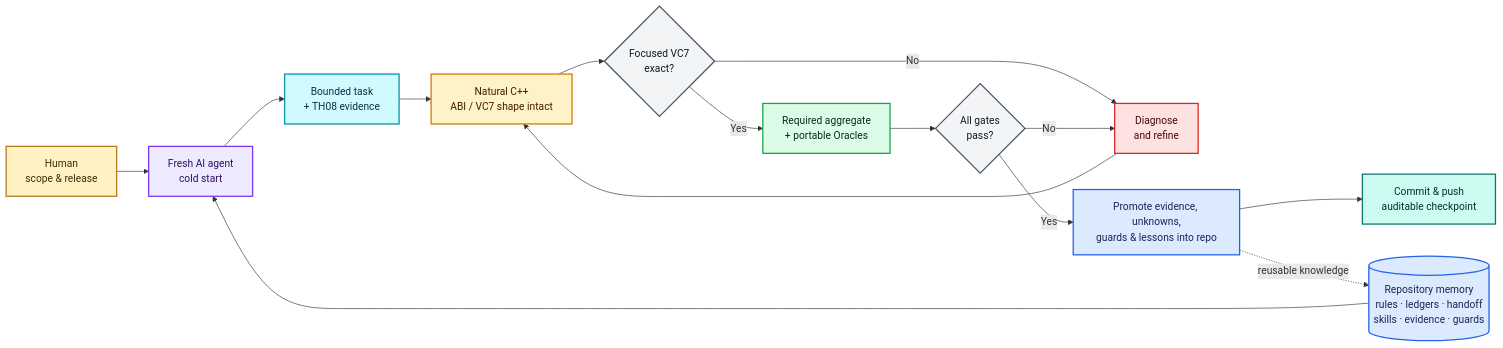
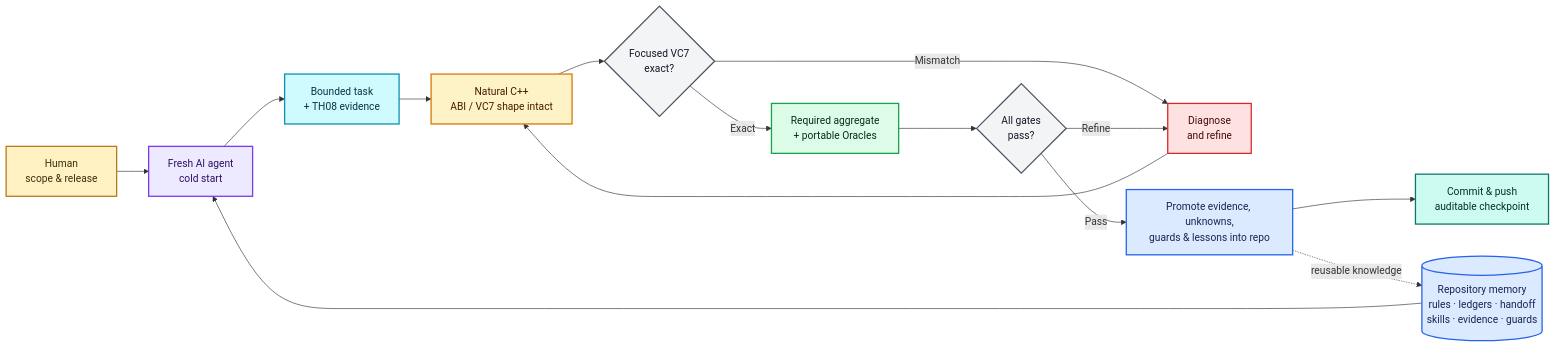
Before and after one commit to koishikois259/th08-multi: the diagram in README.md, drawn with Mermaid. The commit also changed other lines of this file, not shown here.

````diff
--- a/README.md
+++ b/README.md
@@ -73,25 +80,25 @@
 ```mermaid
 flowchart LR
     H["Human<br/>scope & release"]:::human --> A["Fresh AI agent<br/>cold start"]:::agent
     K[("Repository memory<br/>rules · ledgers · handoff<br/>skills · evidence · guards")]:::memory --> A
     A --> E["Bounded task<br/>+ TH08 evidence"]:::evidence
     E --> I["Natural C++<br/>ABI / VC7 shape intact"]:::work
     I --> F{"Focused VC7<br/>exact?"}:::gate
-    F -->|No| D["Diagnose<br/>and refine"]:::reject --> I
-    F -->|Yes| O["Required aggregate<br/>+ portable Oracles"]:::oracle
+    F -->|Mismatch| D["Diagnose<br/>and refine"]:::reject --> I
+    F -->|Exact| O["Required aggregate<br/>+ portable Oracles"]:::oracle
     O --> G{"All gates<br/>pass?"}:::gate
-    G -->|No| D
-    G -->|Yes| R["Promote evidence, unknowns,<br/>guards & lessons into repo"]:::memory
+    G -->|Refine| D
+    G -->|Pass| R["Promote evidence, unknowns,<br/>guards & lessons into repo"]:::memory
     R --> Q["Commit & push<br/>auditable checkpoint"]:::done
     R -.->|reusable knowledge| K
 
     classDef human fill:#fff1c2,stroke:#b7791f,color:#3b2f0b,stroke-width:2px;
     classDef agent fill:#ede9fe,stroke:#7c3aed,color:#2e1065,stroke-width:2px;
     classDef memory fill:#dbeafe,stroke:#2563eb,color:#172554,stroke-width:2px;
     classDef evidence fill:#cffafe,stroke:#0891b2,color:#083344,stroke-width:2px;
     classDef work fill:#fef3c7,stroke:#d97706,color:#451a03,stroke-width:2px;
     classDef oracle fill:#dcfce7,stroke:#16a34a,color:#052e16,stroke-width:2px;
     classDef gate fill:#f3f4f6,stroke:#4b5563,color:#111827,stroke-width:2px;
     classDef reject fill:#fee2e2,stroke:#dc2626,color:#450a0a,stroke-width:2px;
     classDef done fill:#ccfbf1,stroke:#0f766e,color:#042f2e,stroke-width:2px;
 ```
````
